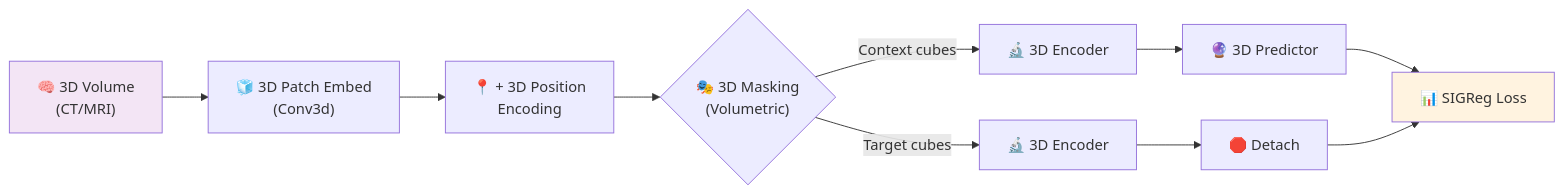
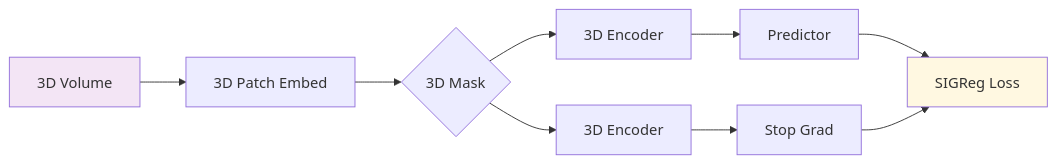
One commit to prthmmkhija1/MedJEPA changed the second of 5 diagrams in README.md. Above: the diagram before and after it, drawn with Mermaid. The commit also changed other lines of this file and 2 other files, not shown here.

````diff
--- a/README.md
+++ b/README.md
@@ -97,15 +66,14 @@
 ```mermaid
 flowchart LR
-    A["🧠 3D Volume\n(CT/MRI)"] --> B["🧊 3D Patch Embed\n(Conv3d)"]
-    B --> C["📍 + 3D Position\nEncoding"]
-    C --> D{"🎭 3D Masking\n(Volumetric)"}
-    D -->|"Context cubes"| E["🔬 3D Encoder"]
-    D -->|"Target cubes"| F["🔬 3D Encoder"]
-    E --> G["🔮 3D Predictor"]
-    F --> H["🛑 Detach"]
-    G --> I["📊 SIGReg Loss"]
-    H --> I
+    A[3D Volume] --> B[3D Patch Embed]
+    B --> C{3D Mask}
+    C --> D[3D Encoder]
+    C --> E[3D Encoder]
+    D --> F[Predictor]
+    E --> G[Stop Grad]
+    F --> H[SIGReg Loss]
+    G --> H
 
     style A fill:#f3e5f5
-    style I fill:#fff3e0
+    style H fill:#fff8e1
 ```
````
